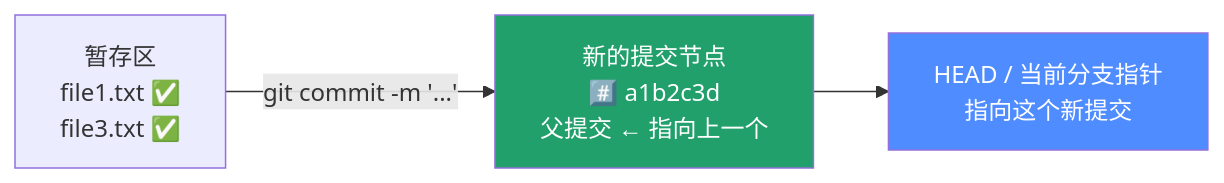
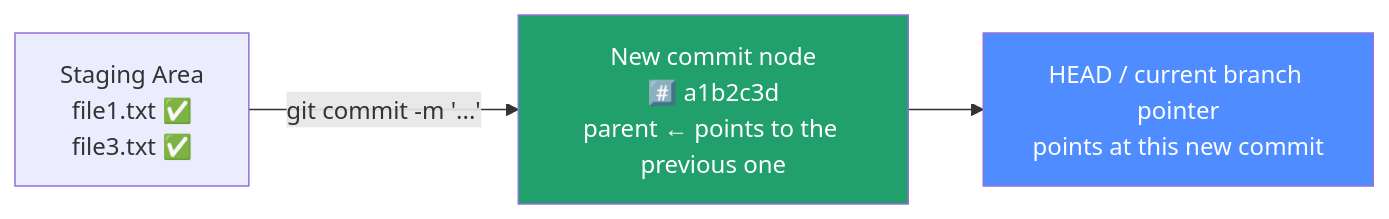
One commit to kelvinlee97/engineering changed the first of 2 diagrams in Git/commit/README.md. Above: the diagram before and after it, drawn with Mermaid. The commit also changed other lines of this file and 16 other files, not shown here.

First line of the commit message:
fix: conform Git tutorial to bilingual + Mermaid accessibility contract

````diff
--- a/Git/commit/README.md
+++ b/Git/commit/README.md
@@ -9,8 +11,10 @@
 ```mermaid
 flowchart LR
-    SA["暂存区<br/>file1.txt ✅<br/>file3.txt ✅"] -- "git commit -m '...'" --> C["新的提交节点<br/>#️⃣ a1b2c3d<br/>父提交 ← 指向上一个"]
-    C --> HEAD["HEAD / 当前分支指针<br/>指向这个新提交"]
+    accTitle: git commit packages the staging area into a new commit
+    accDescr: file1.txt and file3.txt, already added to the staging area, are packaged by git commit into a new commit node with a hash. That node records its parent commit, and both HEAD and the current branch pointer move to point at this new commit.
+    SA["Staging Area<br/>file1.txt ✅<br/>file3.txt ✅"] -- "git commit -m '...'" --> C["New commit node<br/>#️⃣ a1b2c3d<br/>parent ← points to the previous one"]
+    C --> HEAD["HEAD / current branch pointer<br/>points at this new commit"]
 
     style C fill:#22a06b,color:#fff
     style HEAD fill:#4f8cff,color:#fff
 ```
````
